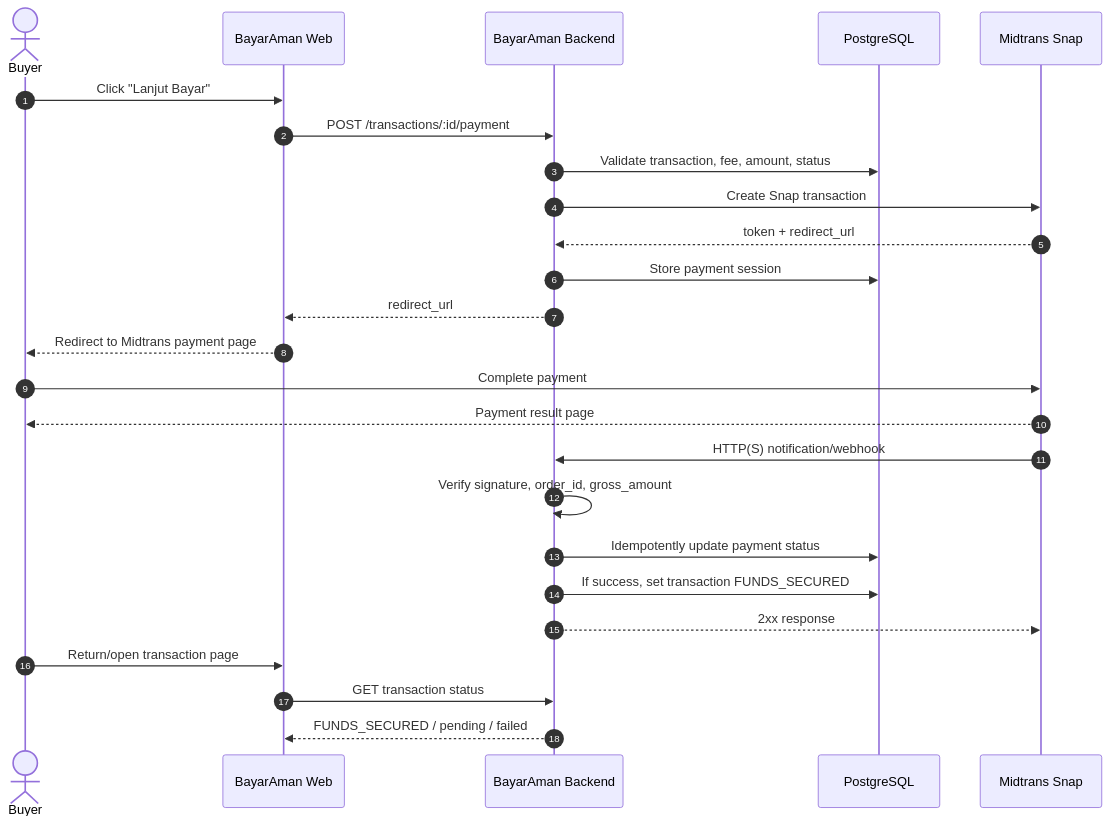
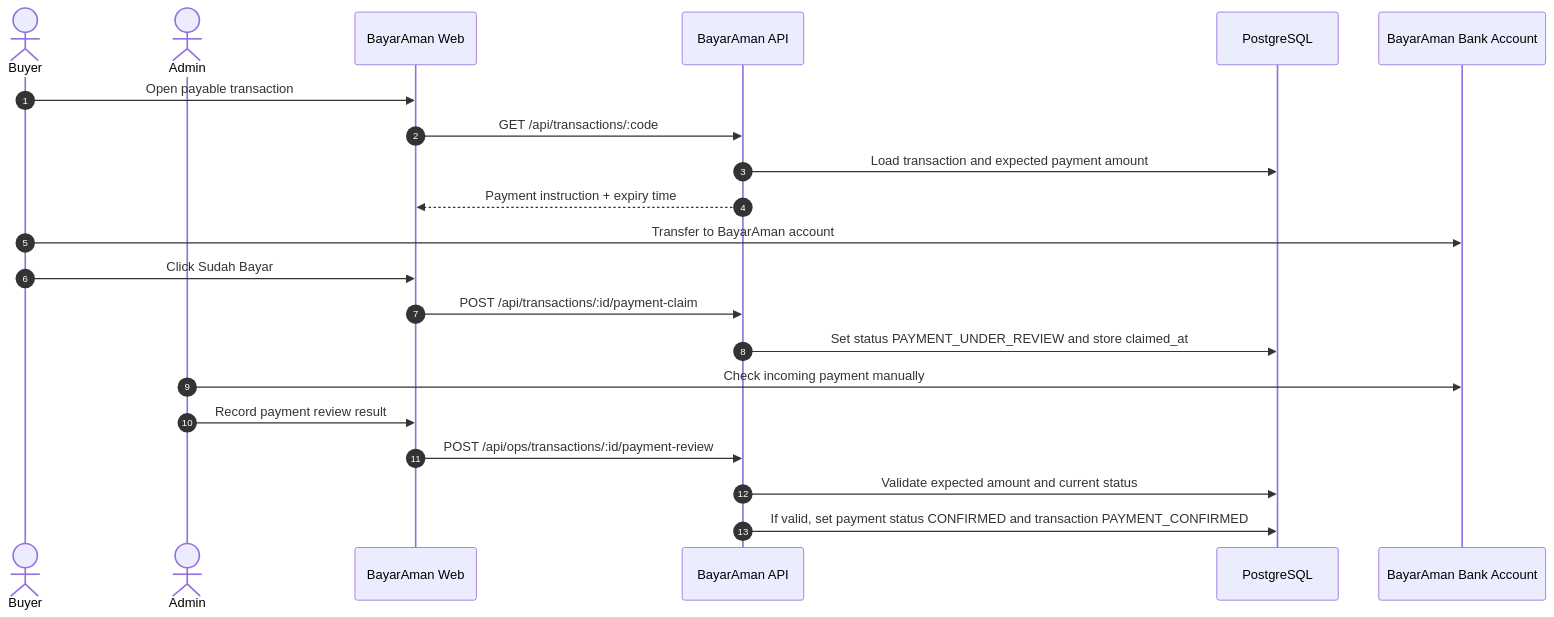
The fourth of 9 diagrams in TRD.md (nunutech40/bayaraman), drawn with Mermaid before and after one commit. The commit also changed other lines of this file and 7 other files, not shown here.

Commit message:
Update manual rekber flow prototype

````diff
--- a/TRD.md
+++ b/TRD.md
@@ -119,28 +130,24 @@
 ```mermaid
 sequenceDiagram
   autonumber
   actor Buyer
+  actor Admin
   participant Web as BayarAman Web
-  participant API as BayarAman Backend
+  participant API as BayarAman API
   participant DB as PostgreSQL
-  participant MT as Midtrans Snap
+  participant Bank as BayarAman Bank Account
 
-  Buyer->>Web: Click "Lanjut Bayar"
-  Web->>API: POST /transactions/:id/payment
-  API->>DB: Validate transaction, fee, amount, status
-  API->>MT: Create Snap transaction
-  MT-->>API: token + redirect_url
-  API->>DB: Store payment session
-  API-->>Web: redirect_url
-  Web-->>Buyer: Redirect to Midtrans payment page
-  Buyer->>MT: Complete payment
-  MT-->>Buyer: Payment result page
-  MT->>API: HTTP(S) notification/webhook
-  API->>API: Verify signature, order_id, gross_amount
-  API->>DB: Idempotently update payment status
-  API->>DB: If success, set transaction FUNDS_SECURED
-  API-->>MT: 2xx response
-  Buyer->>Web: Return/open transaction page
-  Web->>API: GET transaction status
-  API-->>Web: FUNDS_SECURED / pending / failed
+  Buyer->>Web: Open payable transaction
+  Web->>API: GET /api/transactions/:code
+  API->>DB: Load transaction and expected payment amount
+  API-->>Web: Payment instruction + expiry time
+  Buyer->>Bank: Transfer to BayarAman account
+  Buyer->>Web: Click Sudah Bayar
+  Web->>API: POST /api/transactions/:id/payment-claim
+  API->>DB: Set status PAYMENT_UNDER_REVIEW and store claimed_at
+  Admin->>Bank: Check incoming payment manually
+  Admin->>Web: Record payment review result
+  Web->>API: POST /api/ops/transactions/:id/payment-review
+  API->>DB: Validate expected amount and current status
+  API->>DB: If valid, set payment status CONFIRMED and transaction PAYMENT_CONFIRMED
 ```
````
